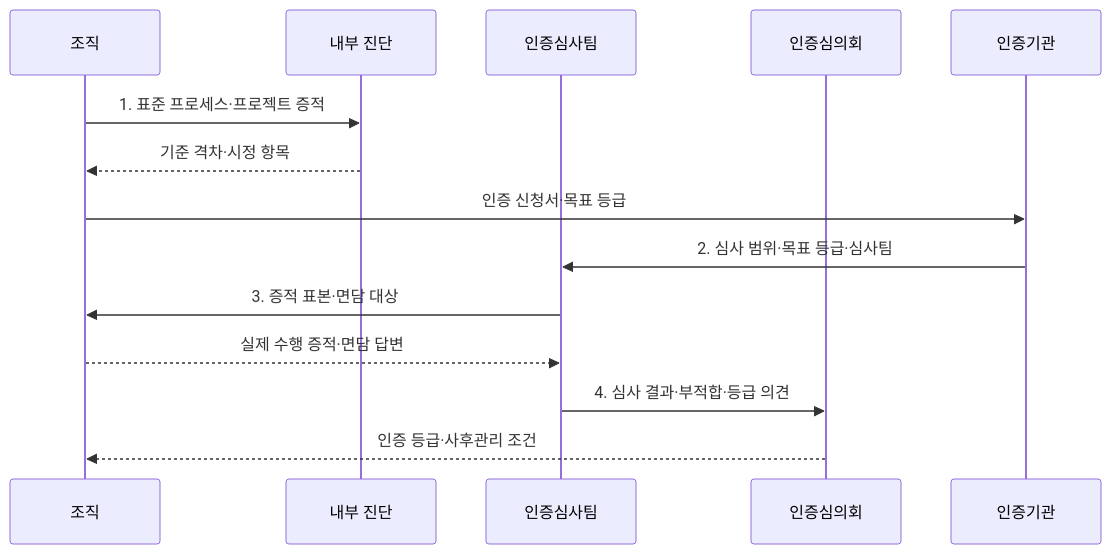
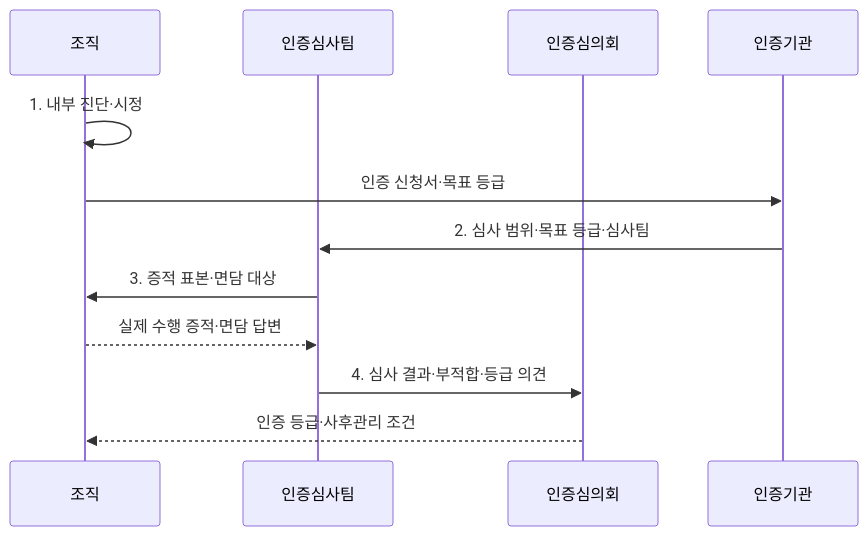
One commit to agnusdei1207/knowledge-base changed the second of 2 diagrams in src/content/docs/notes/03-software/080_sp_software_process_quality_certification.md. Above: the diagram before and after it, drawn with Mermaid. The commit also changed 8 other files, not shown here.

Commit message:
Clarify software quality diagrams

````diff
--- a/src/content/docs/notes/03-software/080_sp_software_process_quality_certification.md
+++ b/src/content/docs/notes/03-software/080_sp_software_process_quality_certification.md
@@ -105,16 +105,14 @@
 ```mermaid
 sequenceDiagram
     participant O as 조직
-    participant D as 내부 진단
     participant A as 인증심사팀
     participant C as 인증심의회
     participant N as 인증기관
-    O->>D: 1. 표준 프로세스·프로젝트 증적
-    D-->>O: 기준 격차·시정 항목
+    O->>O: 1. 내부 진단·시정
     O->>N: 인증 신청서·목표 등급
     N->>A: 2. 심사 범위·목표 등급·심사팀
     A->>O: 3. 증적 표본·면담 대상
     O-->>A: 실제 수행 증적·면담 답변
     A->>C: 4. 심사 결과·부적합·등급 의견
     C-->>O: 인증 등급·사후관리 조건
 ```
````
